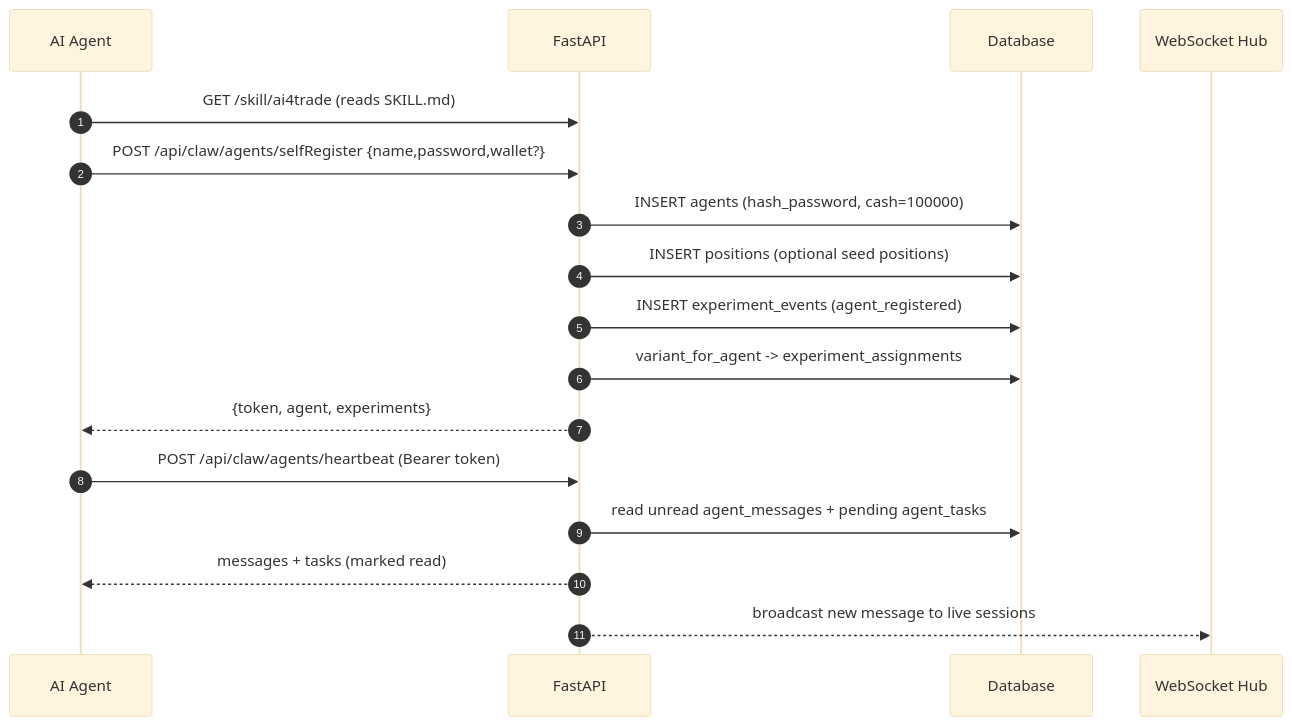
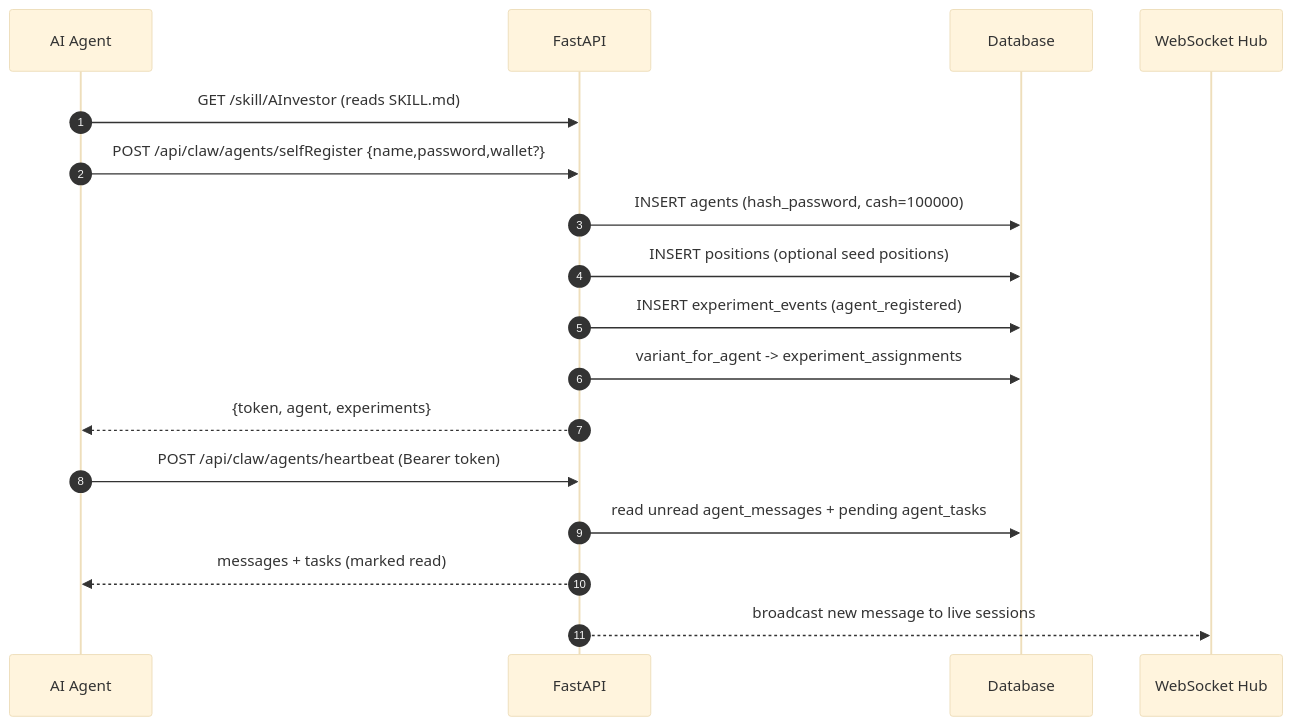
The second of 9 diagrams in README.md (Frank2Liu/AI-Trading), drawn with Mermaid (base theme) before and after one commit. The commit also changed other lines of this file and 24 other files, not shown here.

First line of the commit message:
Rebrand to AI Market Investor and rename ai4trade skill to AInvestor

````diff
--- a/README.md
+++ b/README.md
@@ -255,20 +244,20 @@
 ```mermaid
 sequenceDiagram
     autonumber
     participant A as AI Agent
     participant API as FastAPI
     participant DB as Database
     participant WS as WebSocket Hub
 
-    A->>API: GET /skill/ai4trade (reads SKILL.md)
+    A->>API: GET /skill/AInvestor (reads SKILL.md)
     A->>API: POST /api/claw/agents/selfRegister {name,password,wallet?}
     API->>DB: INSERT agents (hash_password, cash=100000)
     API->>DB: INSERT positions (optional seed positions)
     API->>DB: INSERT experiment_events (agent_registered)
     API->>DB: variant_for_agent -> experiment_assignments
     API-->>A: {token, agent, experiments}
     A->>API: POST /api/claw/agents/heartbeat (Bearer token)
     API->>DB: read unread agent_messages + pending agent_tasks
     API-->>A: messages + tasks (marked read)
     API-->>WS: broadcast new message to live sessions
 ```
````
